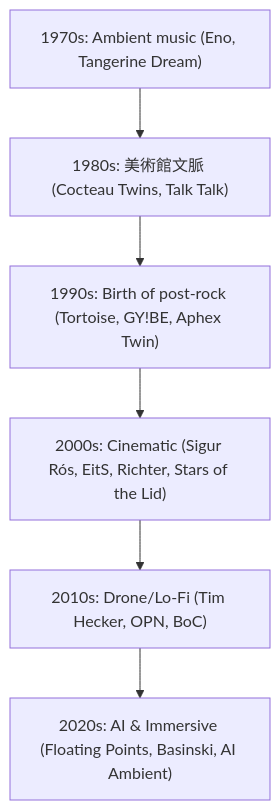
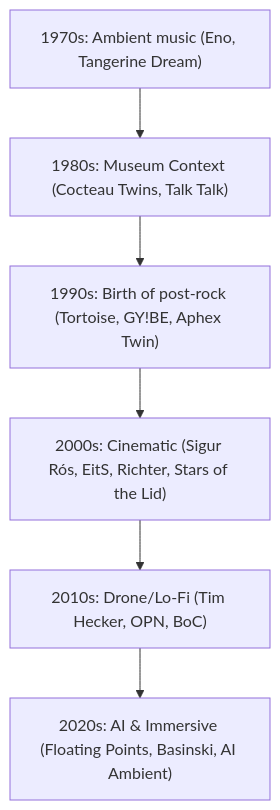
One commit to monumental-movement/monumental-movement.github.io changed the diagram in en/_posts/2025-09-19-Column-Post-Rock-Ambient-History.md. Above: the diagram before and after it, drawn with Mermaid. The commit also changed other lines of this file and 851 other files, not shown here.

```diff
--- a/en/_posts/2025-09-19-Column-Post-Rock-Ambient-History.md
+++ b/en/_posts/2025-09-19-Column-Post-Rock-Ambient-History.md
@@ -161,11 +161,11 @@
 <div class="mermaid">
 flowchart TD
     A1970["1970s: Ambient music (Eno, Tangerine Dream)"]
-    A1980["1980s: 美術館文脈 (Cocteau Twins, Talk Talk)"]
+    A1980["1980s: Museum Context (Cocteau Twins, Talk Talk)"]
     A1990["1990s: Birth of post-rock (Tortoise, GY!BE, Aphex Twin)"]
     A2000["2000s: Cinematic (Sigur Rós, EitS, Richter, Stars of the Lid)"]
     A2010["2010s: Drone/Lo-Fi (Tim Hecker, OPN, BoC)"]
     A2020["2020s: AI & Immersive (Floating Points, Basinski, AI Ambient)"]
 
     A1970 --> A1980 --> A1990 --> A2000 --> A2010 --> A2020
 </div>
```
